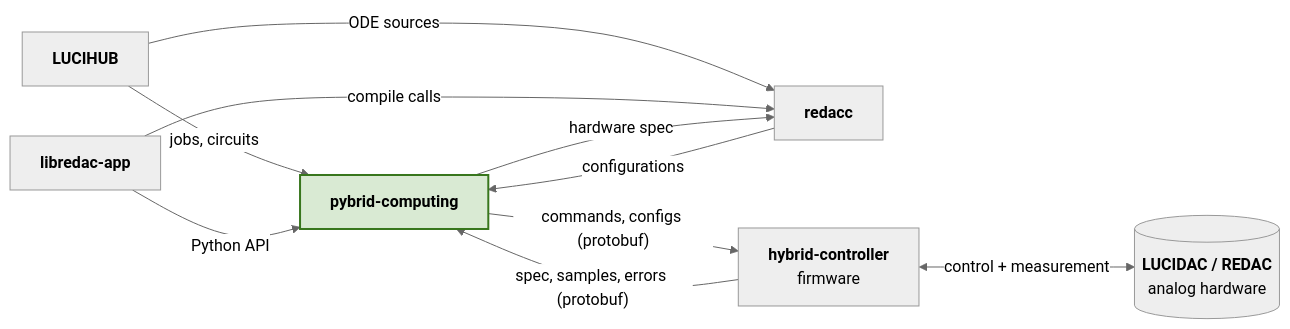
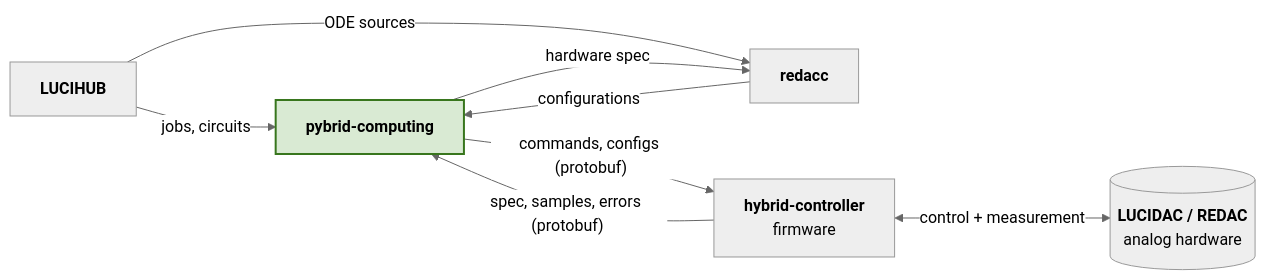
One commit to anabrid/pybrid-computing changed the second of 2 diagrams in docs/overview/place-in-the-software-stack.md. Above: the diagram before and after it, drawn with Mermaid (neutral theme). The commit also changed other lines of this file and 19 other files, not shown here.

````diff
--- a/docs/overview/place-in-the-software-stack.md
+++ b/docs/overview/place-in-the-software-stack.md
@@ -94,21 +92,18 @@
 ```mermaid
 flowchart LR
     LUCIHUB["<b>LUCIHUB</b>"]
-    LIBAPP["<b>libredac-app</b>"]
     REDACC["<b>redacc</b>"]
     PYBRID["<b>pybrid-computing</b>"]:::me
     HC["<b>hybrid-controller</b><br/>firmware"]
     HW[("<b>LUCIDAC / REDAC</b><br/>analog hardware")]
 
     LUCIHUB -- "jobs, circuits" --> PYBRID
     LUCIHUB -- "ODE sources" --> REDACC
-    LIBAPP -- "Python API" --> PYBRID
-    LIBAPP -- "compile calls" --> REDACC
     PYBRID -- "hardware spec" --> REDACC
     REDACC -- "configurations" --> PYBRID
     PYBRID -- "commands, configs (protobuf)" --> HC
     HC -- "spec, samples, errors (protobuf)" --> PYBRID
     HC <-- "control + measurement" --> HW
 
     classDef me fill:#d9ead3,stroke:#38761d,stroke-width:2px;
 ```
````
